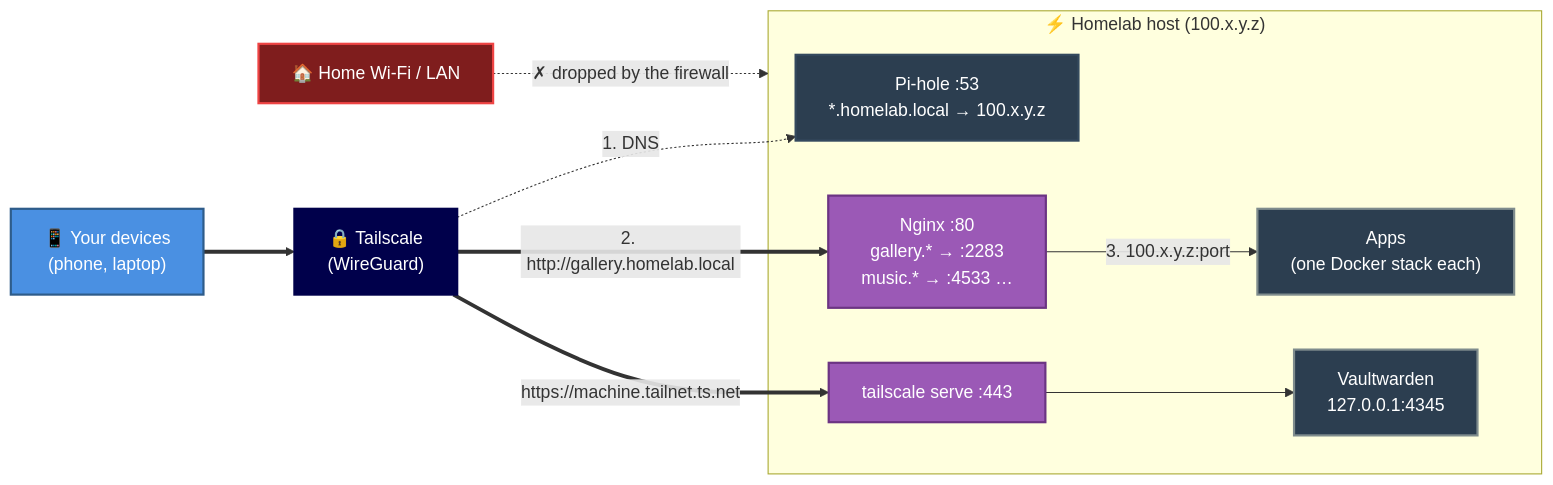
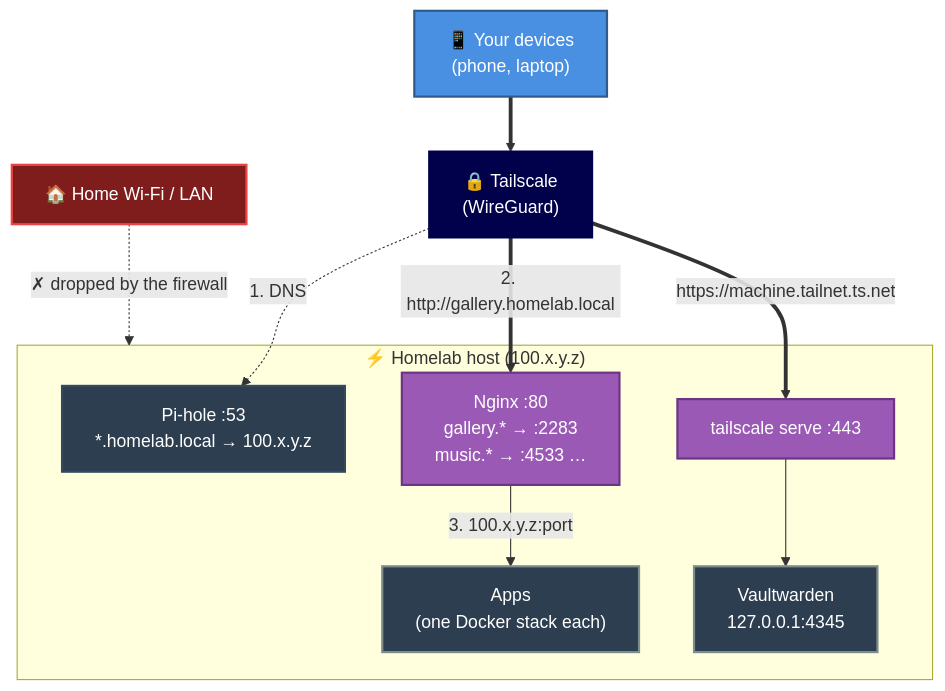
Before and after one commit to spaceadler/homelab: the second of 4 diagrams in README.md, drawn with Mermaid. The commit also changed other lines of this file, not shown here.

Commit message:
docs: diagrams flow top-to-bottom where they were too wide for GitHub's frame

````diff
--- a/README.md
+++ b/README.md
@@ -32,28 +32,28 @@
 ```mermaid
-graph LR
+graph TB
     classDef client fill:#4A90E2,stroke:#2E5C8A,stroke-width:2px,color:#fff;
     classDef vpn fill:#00004B,stroke:#00004B,stroke-width:2px,color:#fff;
     classDef dns fill:#2C3E50,stroke:#34495E,stroke-width:2px,color:#fff;
     classDef proxy fill:#9B59B6,stroke:#6C3483,stroke-width:2px,color:#fff;
     classDef service fill:#2C3E50,stroke:#7F8C8D,stroke-width:2px,color:#fff;
     classDef blocked fill:#7f1d1d,stroke:#ef4444,stroke-width:2px,color:#fff;
 
     User["📱 Your devices<br/>(phone, laptop)"]:::client
     VPN["🔒 Tailscale<br/>(WireGuard)"]:::vpn
     LAN["🏠 Home Wi-Fi / LAN"]:::blocked
 
     subgraph Host [" ⚡ Homelab host (100.x.y.z) "]
         PiHole["Pi-hole :53<br/>*.homelab.local → 100.x.y.z"]:::dns
         Nginx["Nginx :80<br/>gallery.* → :2283<br/>music.* → :4533 …"]:::proxy
         Serve["tailscale serve :443"]:::proxy
         Apps["Apps<br/>(one Docker stack each)"]:::service
         Vault["Vaultwarden<br/>127.0.0.1:4345"]:::service
     end
 
     User ==> VPN
     VPN -.->|"1. DNS"| PiHole
     VPN ==>|"2. http://gallery.homelab.local"| Nginx
     Nginx -->|"3. 100.x.y.z:port"| Apps
     VPN ==>|"https://machine.tailnet.ts.net"| Serve --> Vault
     LAN -.->|"✗ dropped by the firewall"| Host
 ```
````
